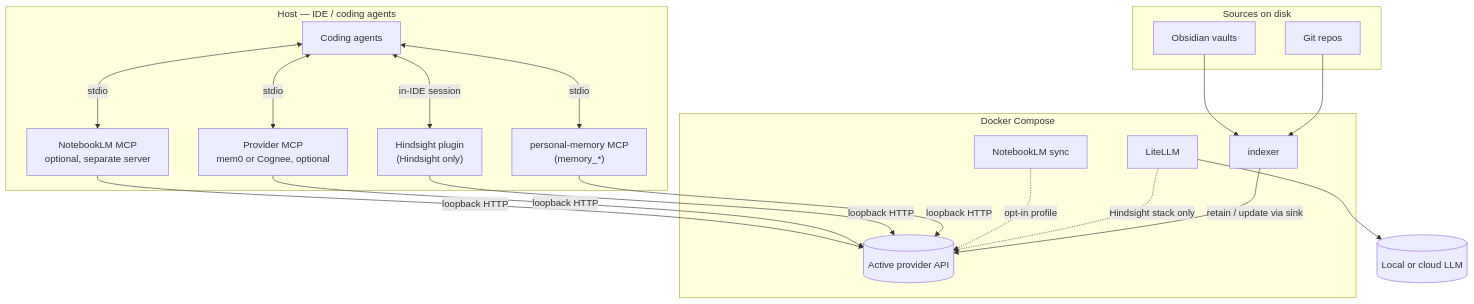
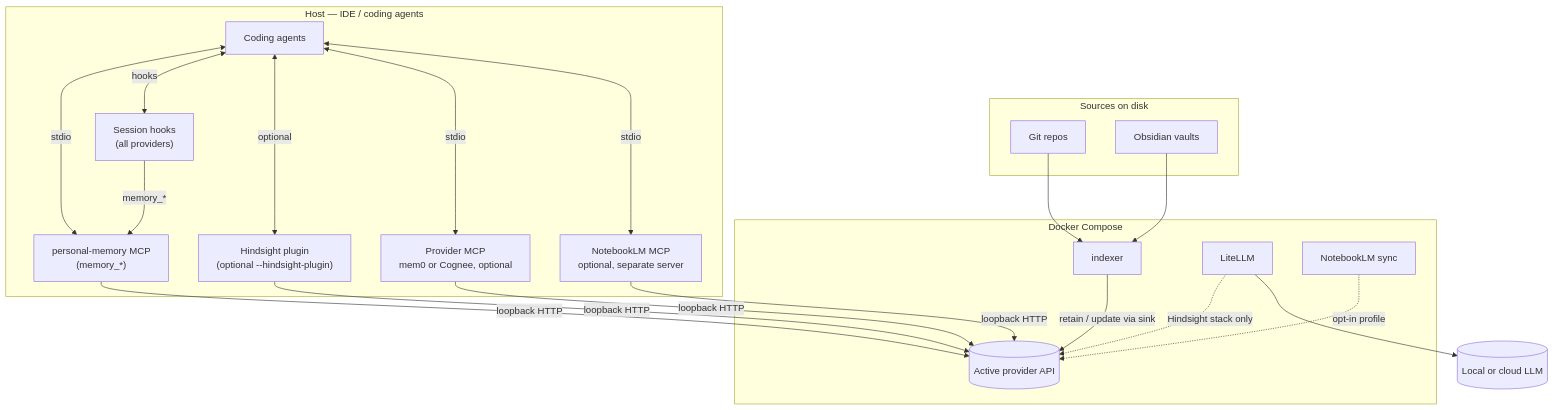
Before and after one commit to bcmyguest/openmem: the first of 2 diagrams in docs/architecture.md, drawn with Mermaid. The commit also changed other lines of this file and 7 other files, not shown here.

First line of the commit message:
docs: align quickstart and architecture with session shim defaults

````diff
--- a/docs/architecture.md
+++ b/docs/architecture.md
@@ -9,38 +9,41 @@
 ```mermaid
 flowchart TB
   subgraph disk["Sources on disk"]
     GIT[Git repos]
     OBS[Obsidian vaults]
   end
 
   subgraph compose["Docker Compose"]
     IDX[indexer]
     PROV[(Active provider API)]
     IDX -->|retain / update via sink| PROV
     LIT[LiteLLM]
     NLM[NotebookLM sync]
     LIT -.->|Hindsight stack only| PROV
     NLM -.->|opt-in profile| PROV
   end
 
   LIT --> LLM[(Local or cloud LLM)]
 
   subgraph host["Host — IDE / coding agents"]
     AG[Coding agents]
     UMCP["personal-memory MCP\n(memory_*)"]
-    PLG["Hindsight plugin\n(Hindsight only)"]
+    SHIM["Session hooks\n(all providers)"]
+    PLG["Hindsight plugin\n(optional --hindsight-plugin)"]
     PMCP["Provider MCP\nmem0 or Cognee, optional"]
     NLMCP["NotebookLM MCP\noptional, separate server"]
   end
 
   GIT --> IDX
   OBS --> IDX
   AG <-->|stdio| UMCP
-  AG <-->|in-IDE session| PLG
+  AG <-->|hooks| SHIM
+  AG <-->|optional| PLG
+  SHIM -->|memory_*| UMCP
   AG <-->|stdio| PMCP
   AG <-->|stdio| NLMCP
   UMCP -->|loopback HTTP| PROV
   PLG -->|loopback HTTP| PROV
   PMCP -->|loopback HTTP| PROV
   NLMCP -->|loopback HTTP| PROV
 ```
````
